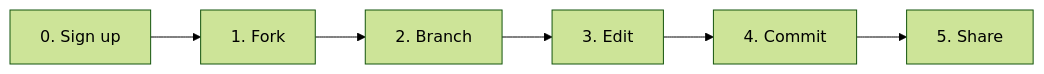
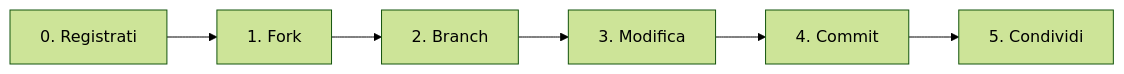
The first of 2 diagrams in docs/web.md (BlankConstitution/blankconstitution), drawn with Mermaid (forest theme) before and after one commit. The commit also changed other lines of this file and 4 other files, not shown here.

````diff
--- a/docs/web.md
+++ b/docs/web.md
@@ -7,4 +9,4 @@
 ```mermaid
 flowchart LR
-    S0["0. Sign up"] --> S1["1. Fork"] --> S2["2. Branch"] --> S3["3. Edit"] --> S4["4. Commit"] --> S5["5. Share"]
+    S0["0. Registrati"] --> S1["1. Fork"] --> S2["2. Branch"] --> S3["3. Modifica"] --> S4["4. Commit"] --> S5["5. Condividi"]
 ```
````
